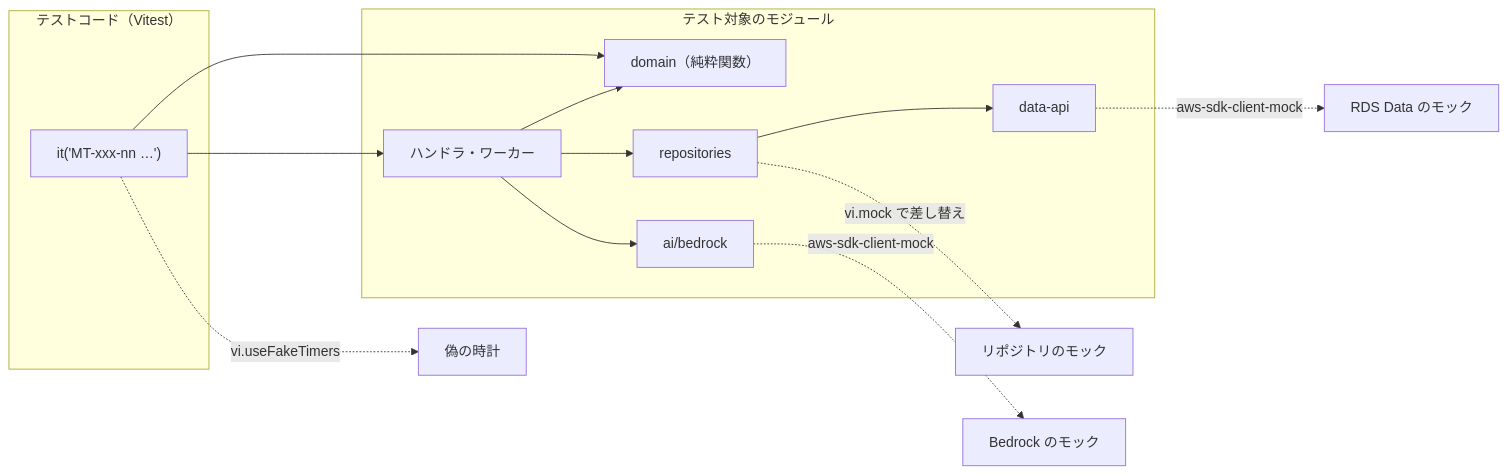
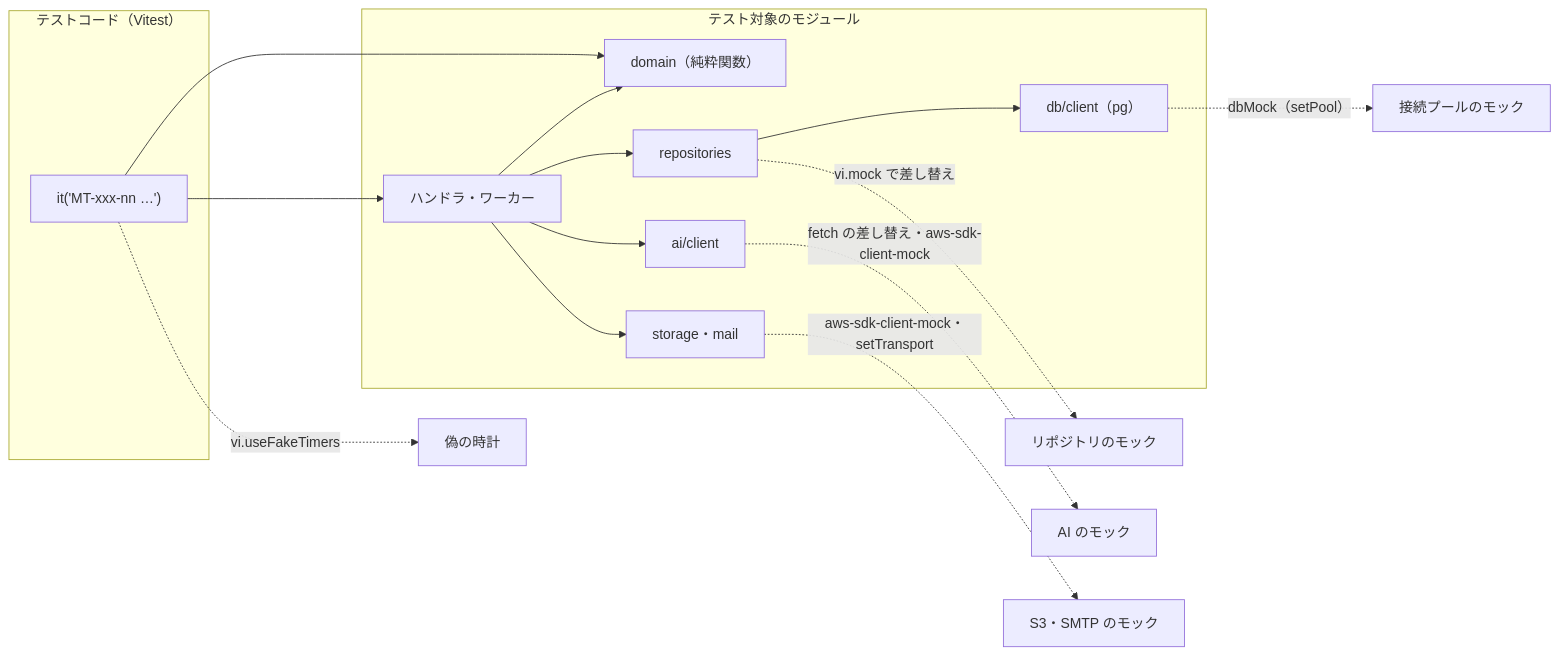
The second of 3 diagrams in documents/モジュールテスト仕様書_RPG学習アプリ.md (pocarialice/rpglearning), drawn with Mermaid before and after one commit. The commit also changed other lines of this file and 5 other files, not shown here.

````diff
--- a/documents/モジュールテスト仕様書_RPG学習アプリ.md
+++ b/documents/モジュールテスト仕様書_RPG学習アプリ.md
@@ -71,18 +72,20 @@
 ```mermaid
 flowchart LR
   subgraph T["テストコード（Vitest）"]
     TC["it('MT-xxx-nn …')"]
   end
   subgraph M["テスト対象のモジュール"]
     H["ハンドラ・ワーカー"] --> D["domain（純粋関数）"]
     H --> R["repositories"]
-    R --> DA["data-api"]
-    H --> AI["ai/bedrock"]
+    R --> DA["db/client（pg）"]
+    H --> AI["ai/client"]
+    H --> ST["storage・mail"]
   end
   TC --> H
   TC --> D
   R -.->|"vi.mock で差し替え"| RM["リポジトリのモック"]
-  DA -.->|"aws-sdk-client-mock"| RDS["RDS Data のモック"]
-  AI -.->|"aws-sdk-client-mock"| BRM["Bedrock のモック"]
+  DA -.->|"dbMock（setPool）"| PGM["接続プールのモック"]
+  AI -.->|"fetch の差し替え・aws-sdk-client-mock"| AIM["AI のモック"]
+  ST -.->|"aws-sdk-client-mock・setTransport"| STM["S3・SMTP のモック"]
   TC -.->|"vi.useFakeTimers"| CLK["偽の時計"]
 ```
````
